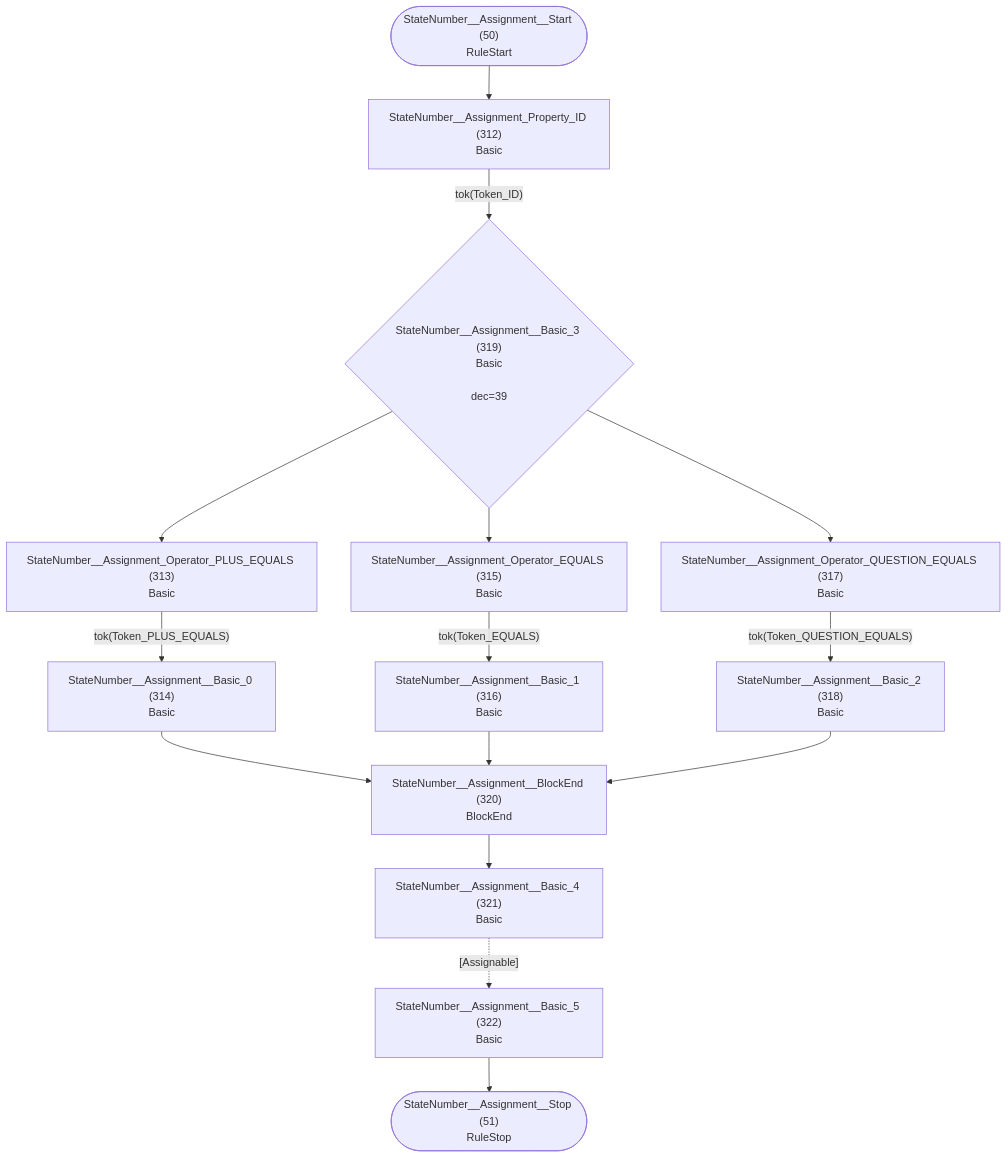
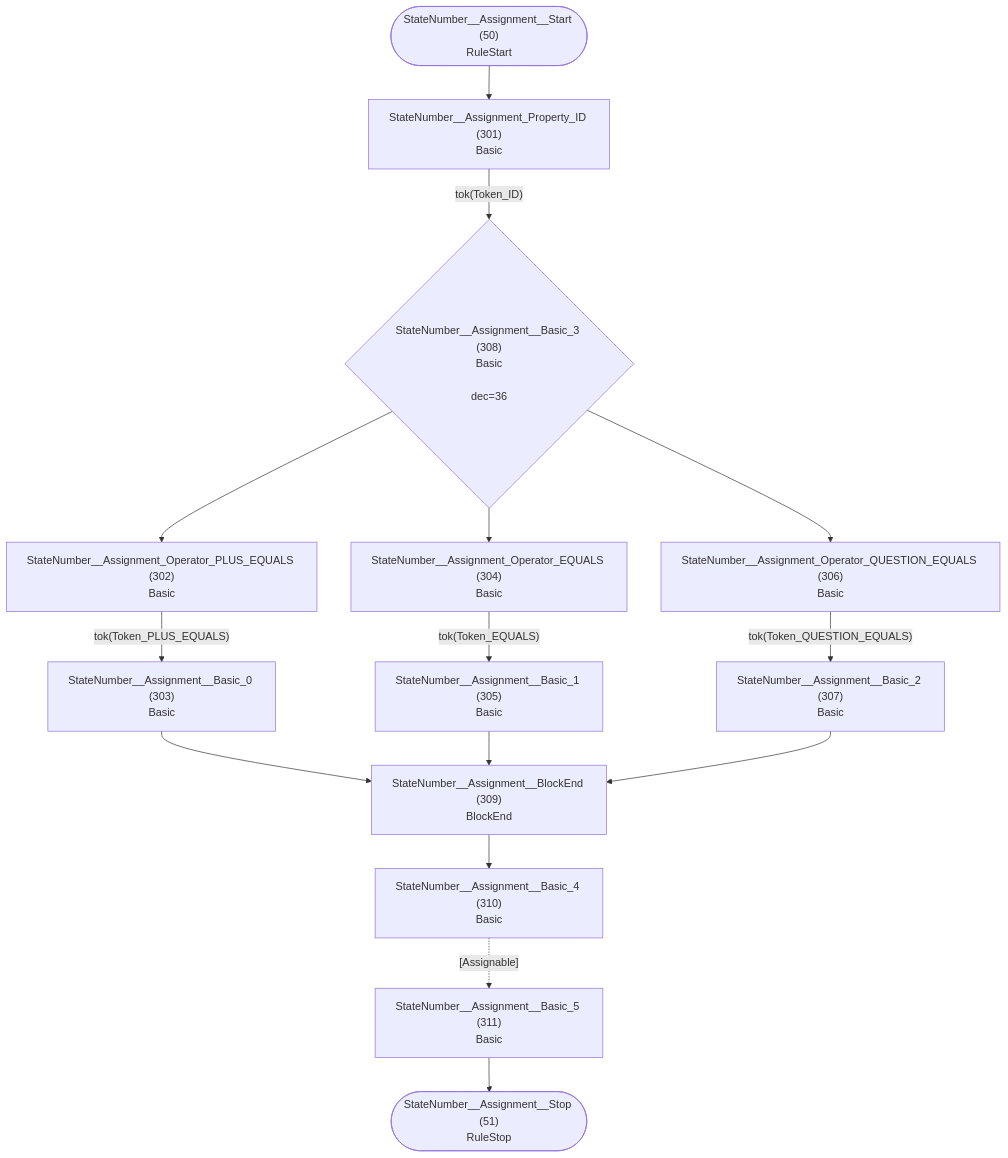
One commit to TypeFox/fastbelt changed diagram 26 of 36 in internal/grammar/atn.md. Above: the diagram before and after it, drawn with Mermaid. The commit also changed other lines of this file and 9 other files, not shown here.

````diff
--- a/internal/grammar/atn.md
+++ b/internal/grammar/atn.md
@@ -788,31 +763,31 @@
 ```mermaid
 flowchart TD
     q50(["StateNumber__Assignment__Start (50)<br/>RuleStart"])
     q51(["StateNumber__Assignment__Stop (51)<br/>RuleStop"])
-    q312["StateNumber__Assignment_Property_ID (312)<br/>Basic<br/>"]
-    q313["StateNumber__Assignment_Operator_PLUS_EQUALS (313)<br/>Basic<br/>"]
-    q314["StateNumber__Assignment__Basic_0 (314)<br/>Basic<br/>"]
-    q315["StateNumber__Assignment_Operator_EQUALS (315)<br/>Basic<br/>"]
-    q316["StateNumber__Assignment__Basic_1 (316)<br/>Basic<br/>"]
-    q317["StateNumber__Assignment_Operator_QUESTION_EQUALS (317)<br/>Basic<br/>"]
-    q318["StateNumber__Assignment__Basic_2 (318)<br/>Basic<br/>"]
-    q319{"StateNumber__Assignment__Basic_3 (319)<br/>Basic<br/><br/>dec=39"}
-    q320["StateNumber__Assignment__BlockEnd (320)<br/>BlockEnd<br/>"]
-    q321["StateNumber__Assignment__Basic_4 (321)<br/>Basic<br/>"]
-    q322["StateNumber__Assignment__Basic_5 (322)<br/>Basic<br/>"]
+    q301["StateNumber__Assignment_Property_ID (301)<br/>Basic<br/>"]
+    q302["StateNumber__Assignment_Operator_PLUS_EQUALS (302)<br/>Basic<br/>"]
+    q303["StateNumber__Assignment__Basic_0 (303)<br/>Basic<br/>"]
+    q304["StateNumber__Assignment_Operator_EQUALS (304)<br/>Basic<br/>"]
+    q305["StateNumber__Assignment__Basic_1 (305)<br/>Basic<br/>"]
+    q306["StateNumber__Assignment_Operator_QUESTION_EQUALS (306)<br/>Basic<br/>"]
+    q307["StateNumber__Assignment__Basic_2 (307)<br/>Basic<br/>"]
+    q308{"StateNumber__Assignment__Basic_3 (308)<br/>Basic<br/><br/>dec=36"}
+    q309["StateNumber__Assignment__BlockEnd (309)<br/>BlockEnd<br/>"]
+    q310["StateNumber__Assignment__Basic_4 (310)<br/>Basic<br/>"]
+    q311["StateNumber__Assignment__Basic_5 (311)<br/>Basic<br/>"]
 
-    q50 --> q312
-    q312 -->|"tok(Token_ID)"| q319
-    q313 -->|"tok(Token_PLUS_EQUALS)"| q314
-    q314 --> q320
-    q315 -->|"tok(Token_EQUALS)"| q316
-    q316 --> q320
-    q317 -->|"tok(Token_QUESTION_EQUALS)"| q318
-    q318 --> q320
-    q319 --> q313
-    q319 --> q315
-    q319 --> q317
-    q320 --> q321
-    q321 -.->|"[Assignable]"| q322
-    q322 --> q51
+    q50 --> q301
+    q301 -->|"tok(Token_ID)"| q308
+    q302 -->|"tok(Token_PLUS_EQUALS)"| q303
+    q303 --> q309
+    q304 -->|"tok(Token_EQUALS)"| q305
+    q305 --> q309
+    q306 -->|"tok(Token_QUESTION_EQUALS)"| q307
+    q307 --> q309
+    q308 --> q302
+    q308 --> q304
+    q308 --> q306
+    q309 --> q310
+    q310 -.->|"[Assignable]"| q311
+    q311 --> q51
 ```
````
